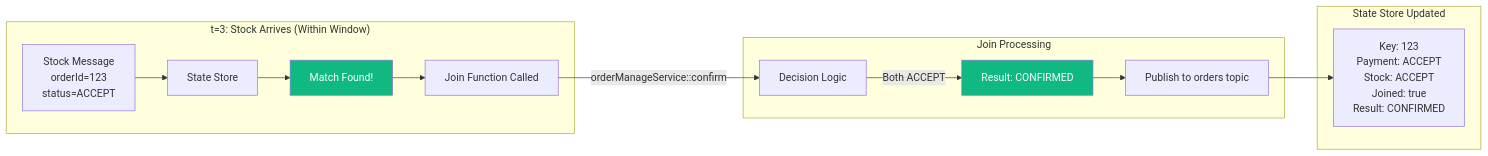
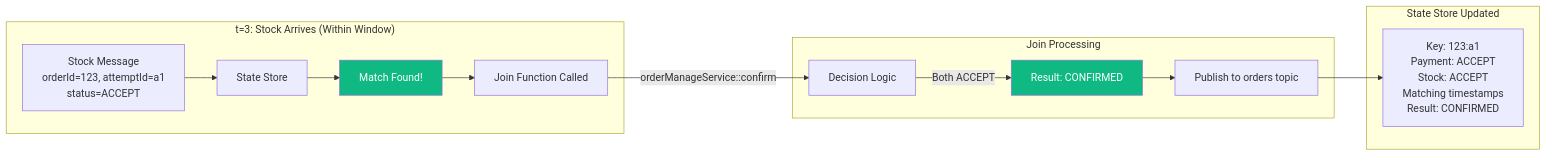
One commit to rajadilipkolli/spring-boot-microservices-series-v2 changed the sixth of 10 diagrams in order-service/docs/06-Saga-Confusion-Points-Clarified.md. Above: the diagram before and after it, drawn with Mermaid. The commit also changed other lines of this file and 51 other files, not shown here.

````diff
--- a/order-service/docs/06-Saga-Confusion-Points-Clarified.md
+++ b/order-service/docs/06-Saga-Confusion-Points-Clarified.md
@@ -331,21 +300,21 @@
 ```mermaid
 graph LR
     subgraph "t=3: Stock Arrives (Within Window)"
-        S1[Stock Message<br/>orderId=123<br/>status=ACCEPT] --> SS2[State Store]
+        S1[Stock Message<br/>orderId=123, attemptId=a1<br/>status=ACCEPT] --> SS2[State Store]
         SS2 --> M1[Match Found!]
         M1 --> J1[Join Function Called]
     end
     
     subgraph "Join Processing"
         J1 --> |"orderManageService::confirm"| D2[Decision Logic]
         D2 --> |"Both ACCEPT"| R1[Result: CONFIRMED]
         R1 --> O1[Publish to orders topic]
     end
     
     subgraph "State Store Updated"
-        O1 --> D3["Key: 123<br/>Payment: ACCEPT<br/>Stock: ACCEPT<br/>Joined: true<br/>Result: CONFIRMED"]
+        O1 --> D3["Key: 123:a1<br/>Payment: ACCEPT<br/>Stock: ACCEPT<br/>Matching timestamps<br/>Result: CONFIRMED"]
     end
     
     style M1 fill:#10b981,color:#ffffff
     style R1 fill:#10b981,color:#ffffff
 ```
````
